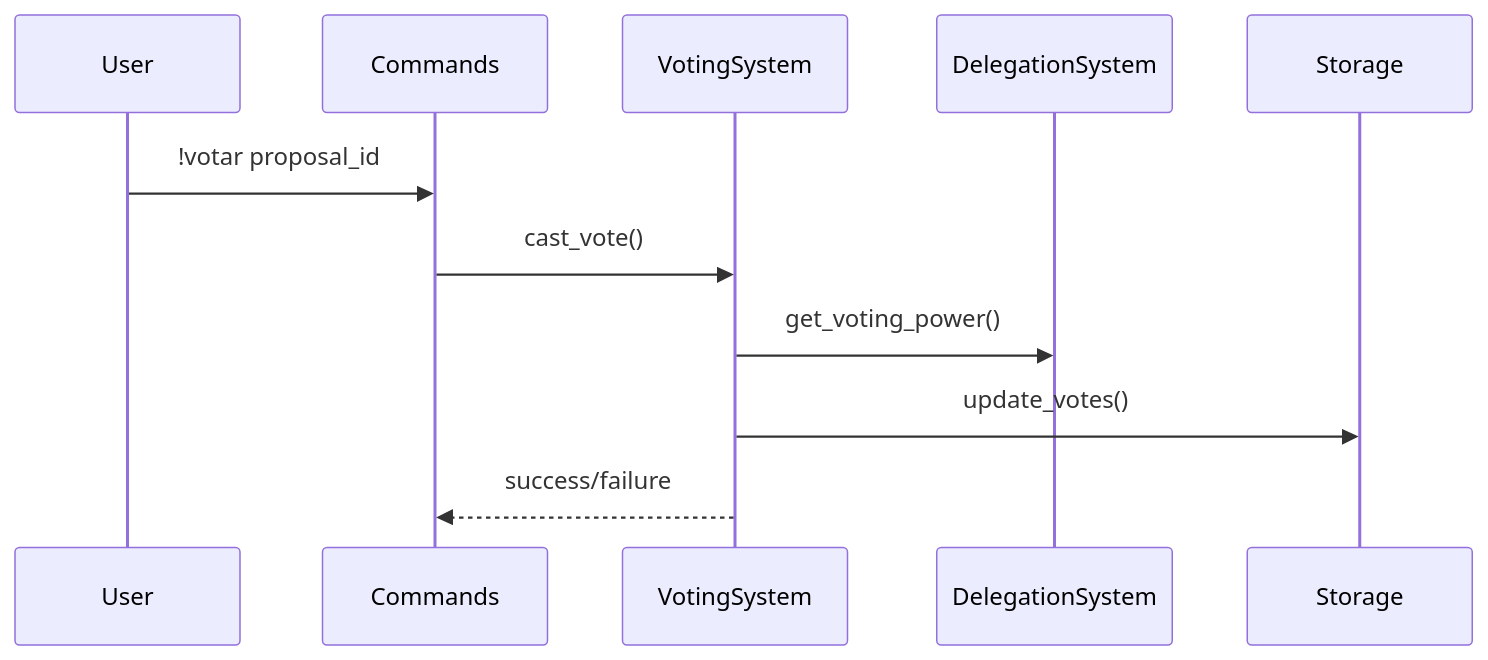
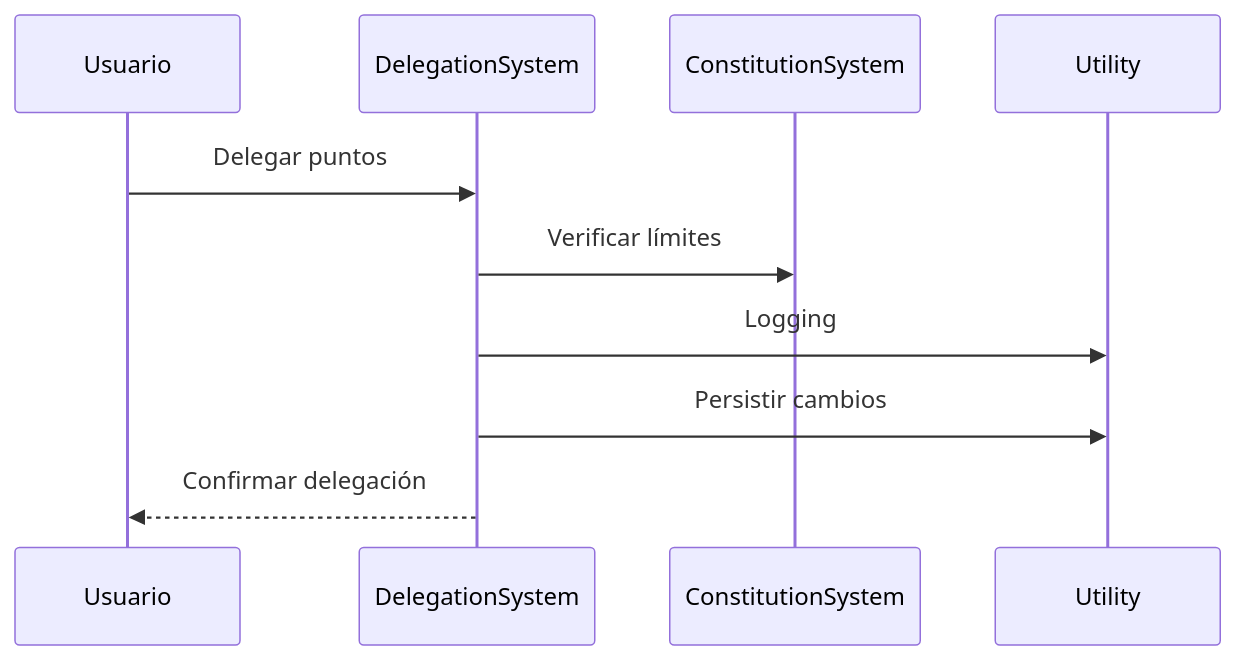
Before and after one commit to DefFoxPy/Leviatan: the third of 7 diagrams in ARCHITECTURE.md, drawn with Mermaid. The commit also changed other lines of this file and 6 other files, not shown here.

````diff
--- a/ARCHITECTURE.md
+++ b/ARCHITECTURE.md
@@ -41,8 +113,13 @@
 ```mermaid
 sequenceDiagram
-    User->>Commands: !votar proposal_id
-    Commands->>VotingSystem: cast_vote()
-    VotingSystem->>DelegationSystem: get_voting_power()
-    VotingSystem->>Storage: update_votes()
-    VotingSystem-->>Commands: success/failure
+    participant U as Usuario
+    participant D as DelegationSystem
+    participant C as ConstitutionSystem
+    participant Ut as Utility
+    
+    U->>D: Delegar puntos
+    D->>C: Verificar límites
+    D->>Ut: Logging
+    D->>Ut: Persistir cambios
+    D-->>U: Confirmar delegación
 ```
````
